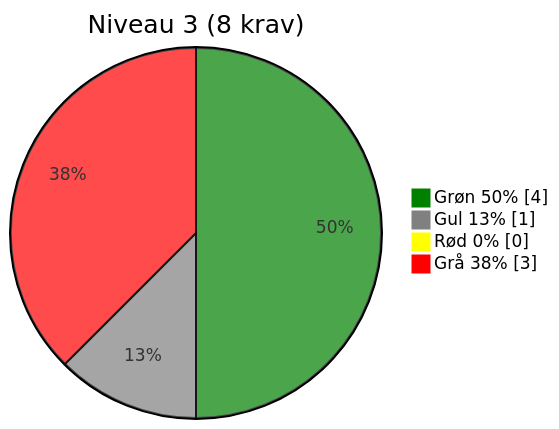
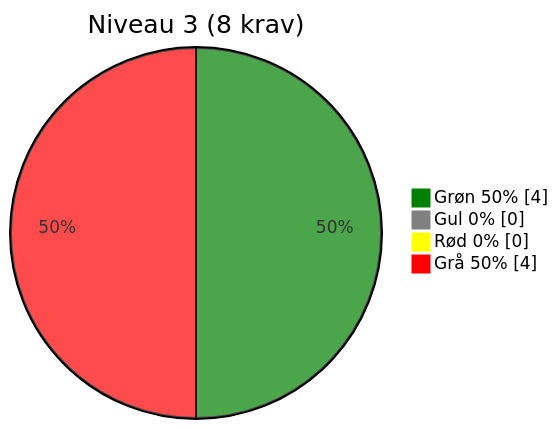
The fourth of 5 diagrams in docs/audits/os2-test_assessment.md (OS2offdig/os2-product-reviews), drawn with Mermaid before and after one commit. The commit also changed other lines of this file, not shown here.

````diff
--- a/docs/audits/os2-test_assessment.md
+++ b/docs/audits/os2-test_assessment.md
@@ -154,11 +148,11 @@
 ```mermaid
 %%{init: {"themeVariables": {
  "pie1": "#008000", "pie2": "#808080", "pie3": "#FFFF00", "pie4": "#FF0000"
 }}}%%
 pie showData
  title Niveau 3 (8 krav)
  "Grøn 50%" : 4
- "Gul 13%" : 1
+ "Gul 0%" : 0
  "Rød 0%" : 0
- "Grå 38%" : 3
+ "Grå 50%" : 4
 ```
````
